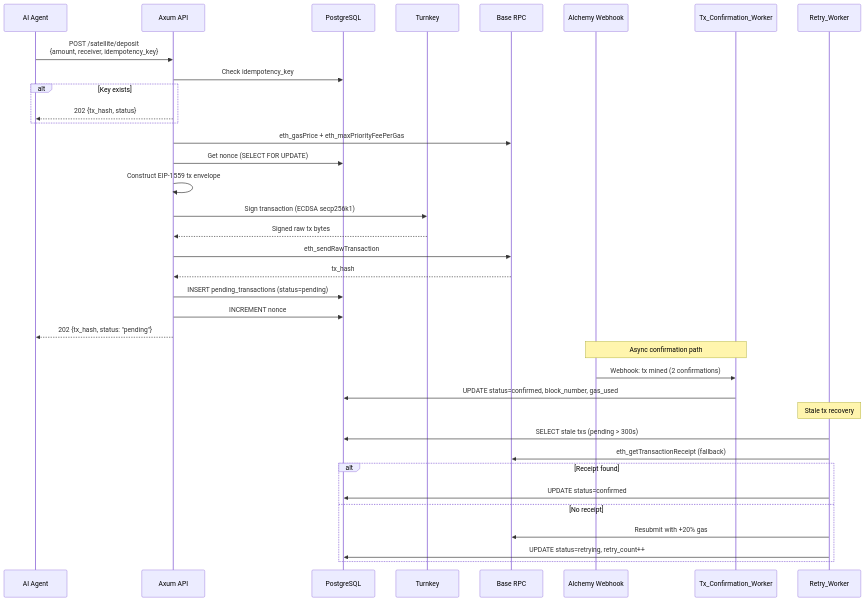
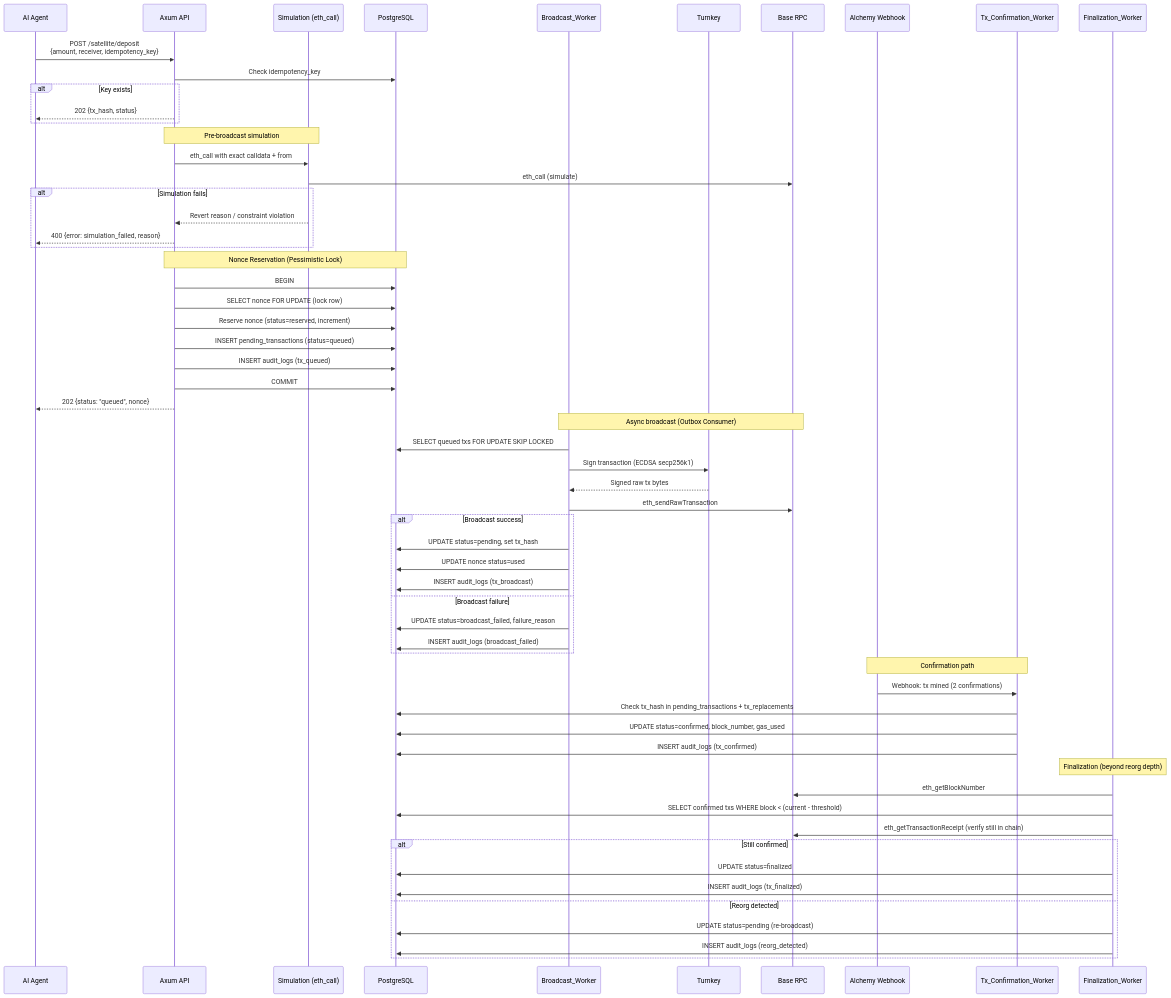
The third of 11 diagrams in README.md (itsme-boii/archetectures), drawn with Mermaid before and after one commit. The commit also changed other lines of this file, not shown here.

````diff
--- a/README.md
+++ b/README.md
@@ -113,41 +157,68 @@
 ```mermaid
 sequenceDiagram
     participant C as AI Agent
     participant API as Axum API
+    participant SIM as Simulation (eth_call)
     participant DB as PostgreSQL
+    participant BW as Broadcast_Worker
     participant TK as Turnkey
     participant RPC as Base RPC
     participant ALH as Alchemy Webhook
     participant TCW as Tx_Confirmation_Worker
-    participant RW as Retry_Worker
+    participant FW as Finalization_Worker
 
     C->>API: POST /satellite/deposit<br/>{amount, receiver, idempotency_key}
     API->>DB: Check idempotency_key
     alt Key exists
         API-->>C: 202 {tx_hash, status}
     end
-    API->>RPC: eth_gasPrice + eth_maxPriorityFeePerGas
-    API->>DB: Get nonce (SELECT FOR UPDATE)
-    API->>API: Construct EIP-1559 tx envelope
-    API->>TK: Sign transaction (ECDSA secp256k1)
-    TK-->>API: Signed raw tx bytes
-    API->>RPC: eth_sendRawTransaction
-    RPC-->>API: tx_hash
-    API->>DB: INSERT pending_transactions (status=pending)
-    API->>DB: INCREMENT nonce
-    API-->>C: 202 {tx_hash, status: "pending"}
+    
+    Note over API,SIM: Pre-broadcast simulation
+    API->>SIM: eth_call with exact calldata + from
+    SIM->>RPC: eth_call (simulate)
+    alt Simulation fails
+        SIM-->>API: Revert reason / constraint violation
+        API-->>C: 400 {error: simulation_failed, reason}
+    end
+    
+    Note over API,DB: Nonce Reservation (Pessimistic Lock)
+    API->>DB: BEGIN
+    API->>DB: SELECT nonce FOR UPDATE (lock row)
+    API->>DB: Reserve nonce (status=reserved, increment)
+    API->>DB: INSERT pending_transactions (status=queued)
+    API->>DB: INSERT audit_logs (tx_queued)
+    API->>DB: COMMIT
+    API-->>C: 202 {status: "queued", nonce}
 
-    Note over ALH,TCW: Async confirmation path
+    Note over BW,RPC: Async broadcast (Outbox Consumer)
+    BW->>DB: SELECT queued txs FOR UPDATE SKIP LOCKED
+    BW->>TK: Sign transaction (ECDSA secp256k1)
+    TK-->>BW: Signed raw tx bytes
+    BW->>RPC: eth_sendRawTransaction
+    alt Broadcast success
+        BW->>DB: UPDATE status=pending, set tx_hash
+        BW->>DB: UPDATE nonce status=used
+        BW->>DB: INSERT audit_logs (tx_broadcast)
+    else Broadcast failure
+        BW->>DB: UPDATE status=broadcast_failed, failure_reason
+        BW->>DB: INSERT audit_logs (broadcast_failed)
+    end
+
+    Note over ALH,TCW: Confirmation path
     ALH->>TCW: Webhook: tx mined (2 confirmations)
+    TCW->>DB: Check tx_hash in pending_transactions + tx_replacements
     TCW->>DB: UPDATE status=confirmed, block_number, gas_used
+    TCW->>DB: INSERT audit_logs (tx_confirmed)
 
-    Note over RW: Stale tx recovery
-    RW->>DB: SELECT stale txs (pending > 300s)
-    RW->>RPC: eth_getTransactionReceipt (fallback)
-    alt Receipt found
-        RW->>DB: UPDATE status=confirmed
-    else No receipt
-        RW->>RPC: Resubmit with +20% gas
-        RW->>DB: UPDATE status=retrying, retry_count++
+    Note over FW: Finalization (beyond reorg depth)
+    FW->>RPC: eth_getBlockNumber
+    FW->>DB: SELECT confirmed txs WHERE block < (current - threshold)
+    FW->>RPC: eth_getTransactionReceipt (verify still in chain)
+    alt Still confirmed
+        FW->>DB: UPDATE status=finalized
+        FW->>DB: INSERT audit_logs (tx_finalized)
+    else Reorg detected
+        FW->>DB: UPDATE status=pending (re-broadcast)
+        FW->>DB: INSERT audit_logs (reorg_detected)
     end
 ```
````
